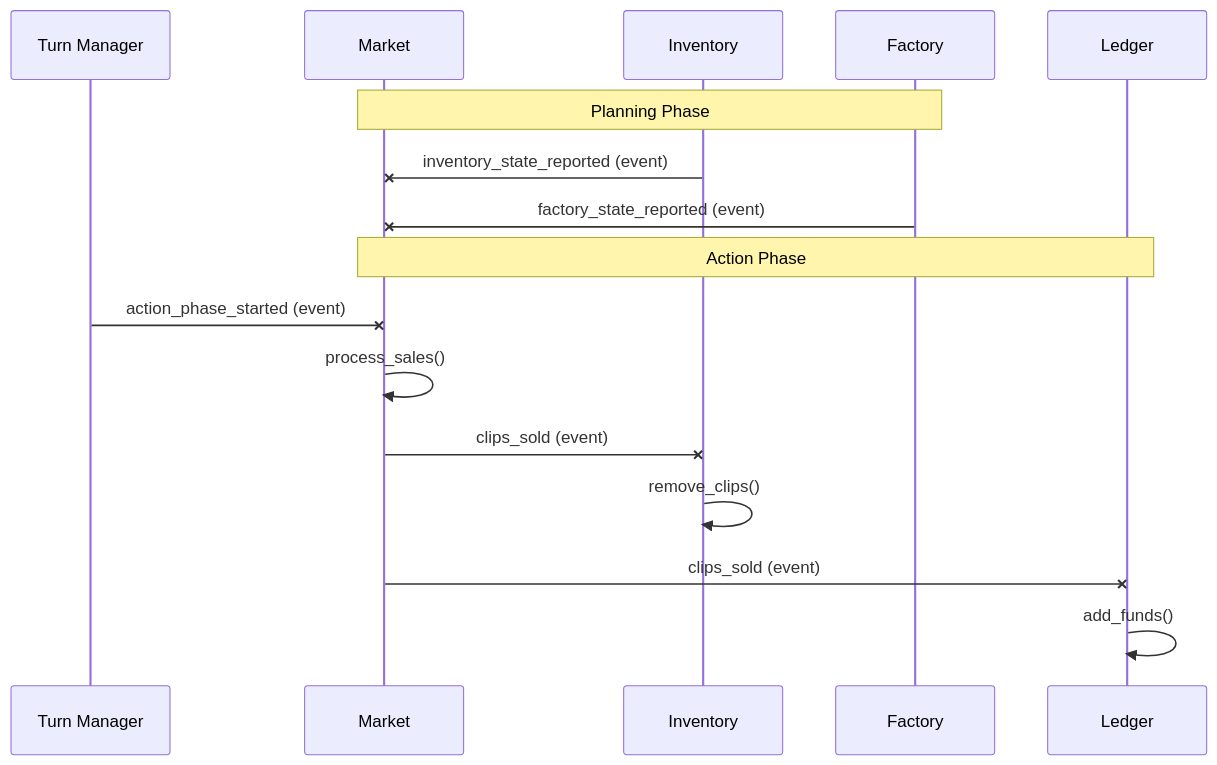
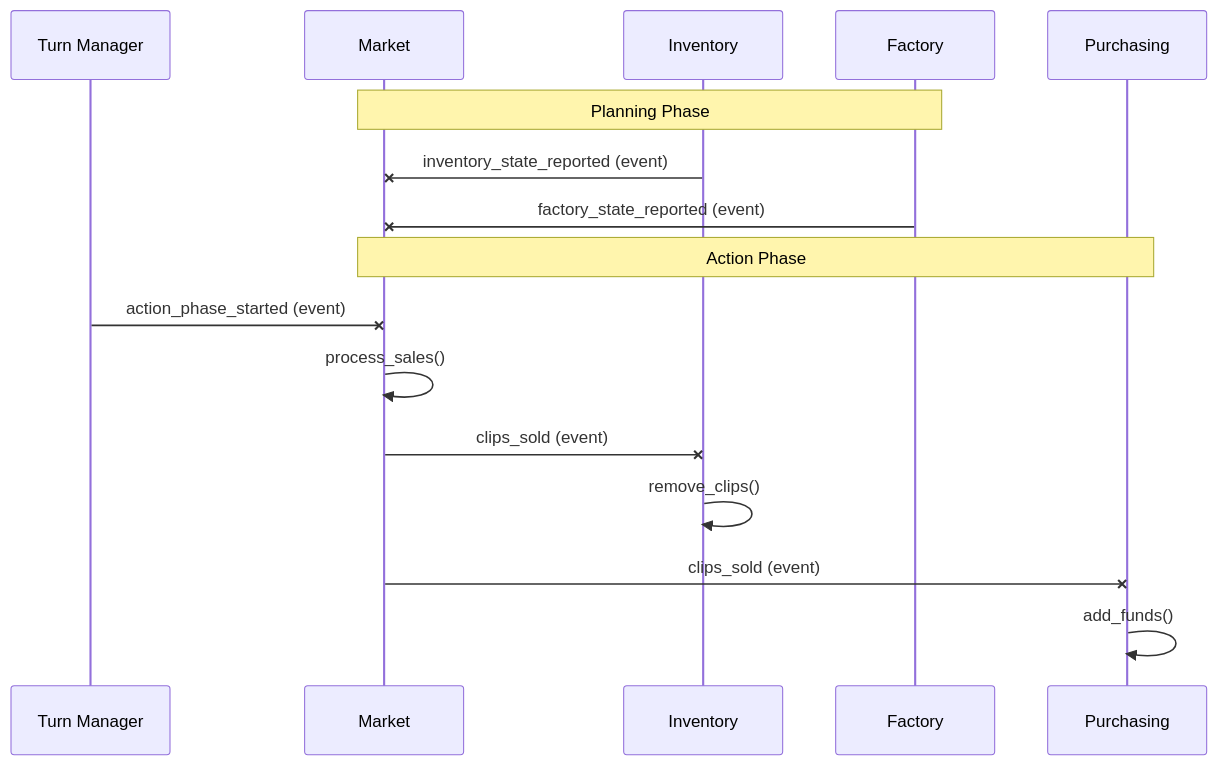
One commit to corvuslee/clipforge changed the sixth of 7 diagrams in design_specifications/modules.md. Above: the diagram before and after it, drawn with Mermaid. The commit also changed other lines of this file and 9 other files, not shown here.

````diff
--- a/design_specifications/modules.md
+++ b/design_specifications/modules.md
@@ -168,20 +170,20 @@
 ```mermaid
 sequenceDiagram
     participant TM as Turn Manager
     participant Mar as Market
     participant Inv as Inventory
     participant Fac as Factory
-    participant Led as Ledger
+    participant Pur as Purchasing
 
     Note over Mar,Fac: Planning Phase
     Inv-xMar: inventory_state_reported (event)
     Fac-xMar: factory_state_reported (event)
 
-    Note over Mar,Led: Action Phase
+    Note over Mar,Pur: Action Phase
     TM-xMar: action_phase_started (event)
     Mar->>Mar: process_sales()
     Mar-xInv: clips_sold (event)
     Inv->>Inv: remove_clips()
-    Mar-xLed: clips_sold (event)
-    Led->>Led: add_funds()
+    Mar-xPur: clips_sold (event)
+    Pur->>Pur: add_funds()
 ```
````
